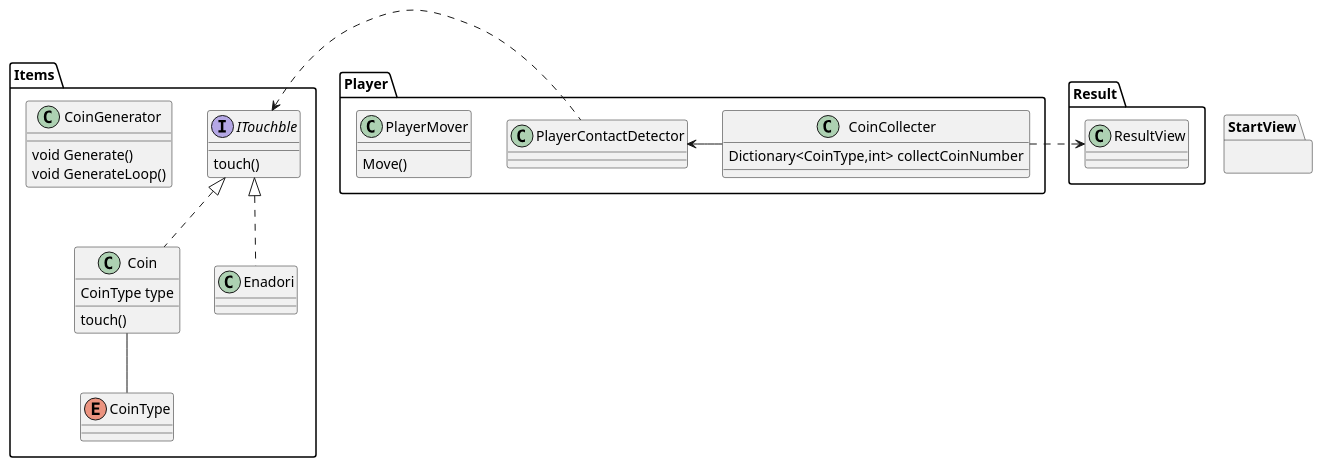
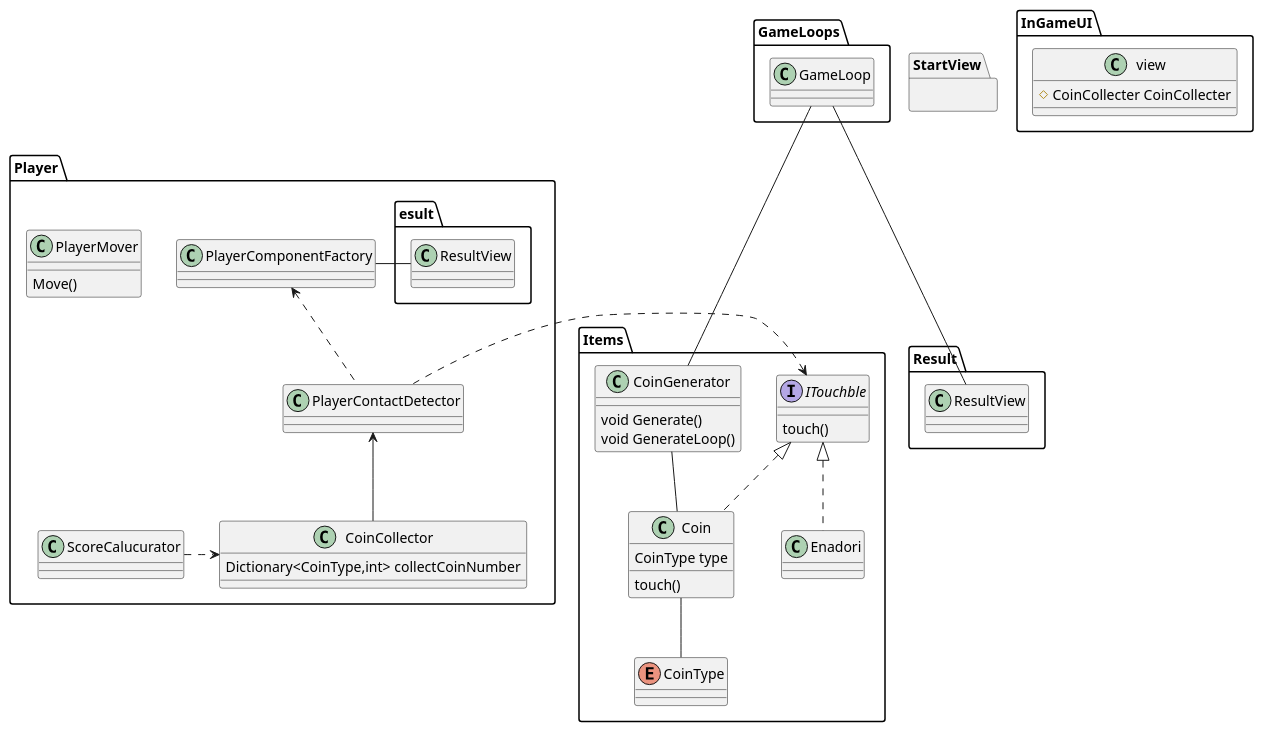
Before and after one commit to heller77/CoinCollect_2: the diagram in Assets/classDiagram/Class.puml, drawn with PlantUML.

Commit message:
クラス図を更新

```diff
--- a/Assets/classDiagram/Class.puml
+++ b/Assets/classDiagram/Class.puml
@@ -1,47 +1,71 @@
 @startuml
 'https://plantuml.com/class-diagram
 namespace Player{
-    class CoinCollecter{
+    PlayerComponentFactory <.. PlayerContactDetector
+    ScoreCalucurator .> CoinCollector
+    PlayerComponentFactory -Result.ResultView
+    
+    class CoinCollector{
         Dictionary<CoinType,int> collectCoinNumber              
     }
     class PlayerMover{
         Move()
     }
+    class PlayerComponentFactory{
+    }
     class PlayerContactDetector{}
+    class ScoreCalucurator{
+    }
 }
 
 Items.ITouchble <. Player.PlayerContactDetector
-Player.PlayerContactDetector <- Player.CoinCollecter
+Player.PlayerContactDetector <-- Player.CoinCollector
 
 namespace Items{
     Items.ITouchble <|.. Coin
+    Items.ITouchble <|.. Enadori
+    CoinGenerator -- Coin
+    Coin -- CoinType
     interface ITouchble{
         touch()
     }
-    Coin -- CoinType
+    
     class Coin{
         CoinType type
         touch()   
     }
+   
     class CoinGenerator{
         void Generate()
         void GenerateLoop()
     }
-    Items.ITouchble <|.. Enadori
+   
     class Enadori{
     }
     enum CoinType{
     }
 }
+namespace InGameUI{
+    class view{
+        # CoinCollecter CoinCollecter
+        
+    }
+}
+
 'リザルト結果
 namespace Result{
-    ResultView <. Player.CoinCollecter
     class ResultView{   
     }
+
 }
 
 namespace StartView{
     
 }
+namespace GameLoops{
+    GameLoop --- Items.CoinGenerator
+    GameLoop --- Result.ResultView
+    class GameLoop{}
+}
 
 @enduml
```
